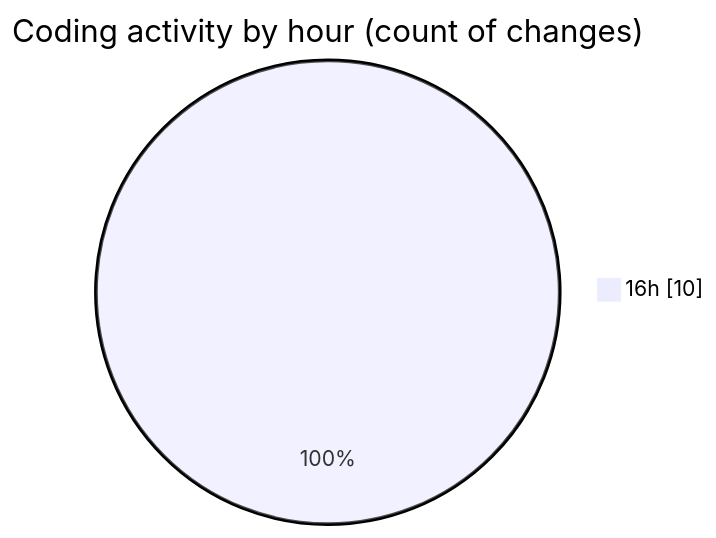
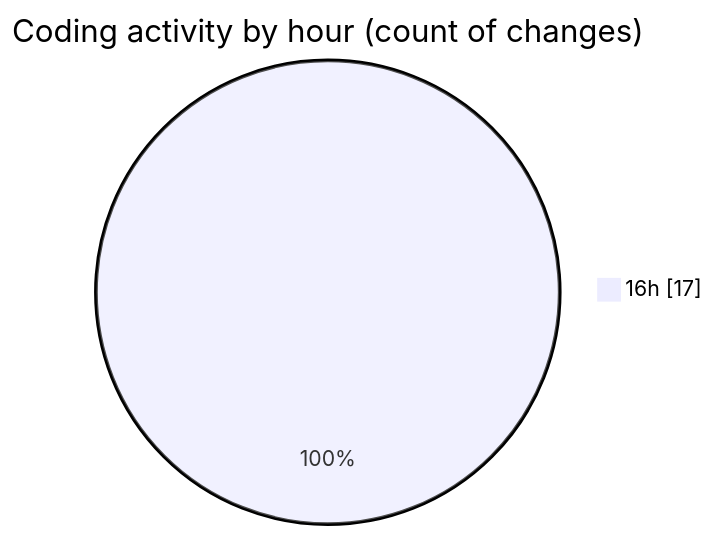
Before and after one commit to robertbonfada/code-tracking: the second of 2 diagrams in 2025-03-11/mbc-web/README.md, drawn with Mermaid. The commit also changed other lines of this file and 1 other file, not shown here.

````diff
--- a/2025-03-11/mbc-web/README.md
+++ b/2025-03-11/mbc-web/README.md
@@ -31,5 +31,5 @@
 ```mermaid
 pie showData
 title Coding activity by hour (count of changes)
-"16h" : 10
+"16h" : 17
 ```
````
